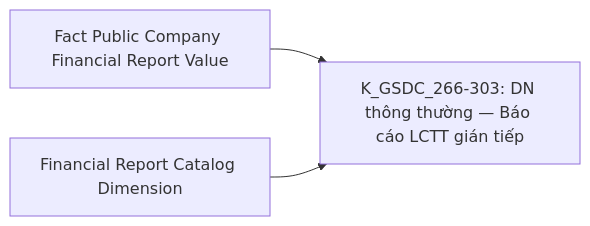
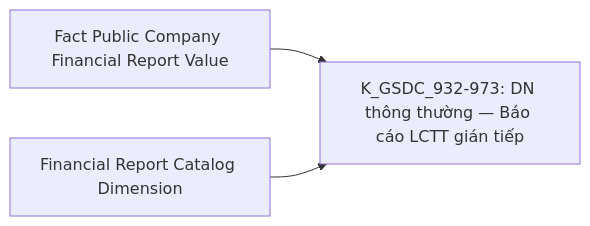
One commit to linhlvit/ubck_atomic_design changed diagram 38 of 55 in Datamart/hld/DTM_GSDC_HLD.md. Above: the diagram before and after it, drawn with Mermaid. The commit also changed other lines of this file and 2 other files, not shown here.

Commit message:
update GSDC

````diff
--- a/Datamart/hld/DTM_GSDC_HLD.md
+++ b/Datamart/hld/DTM_GSDC_HLD.md
@@ -1978,5 +1985,5 @@
 ```mermaid
 flowchart LR
-    fct_pc_fr_val_g22["Fact Public Company Financial Report Value"] --> R22["K_GSDC_266-303: DN thông thường — Báo cáo LCTT gián tiếp"]
+    fct_pc_fr_val_g22["Fact Public Company Financial Report Value"] --> R22["K_GSDC_932-973: DN thông thường — Báo cáo LCTT gián tiếp"]
     financial_rpt_catalog_dim_g22["Financial Report Catalog Dimension"] --> R22
 ```
````
